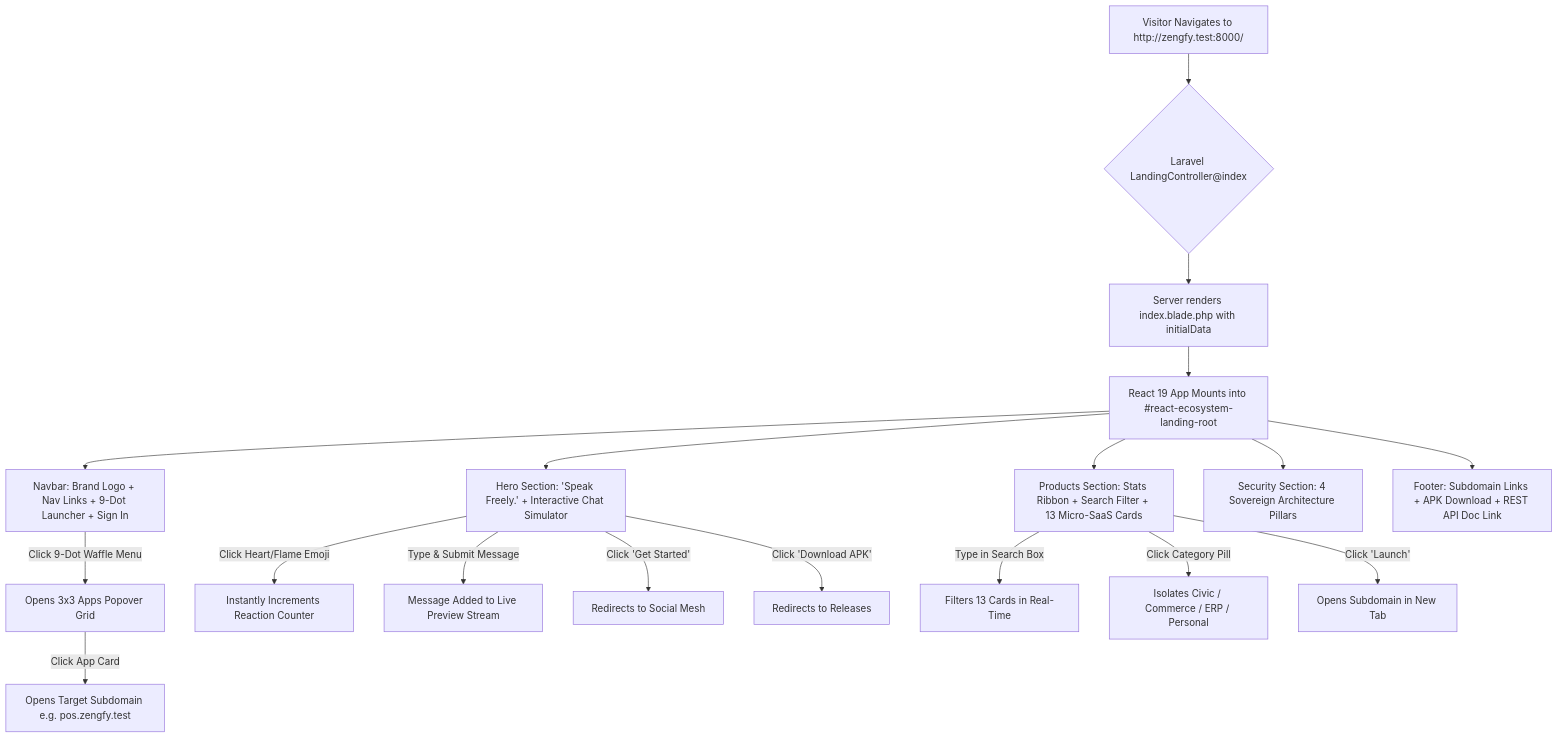
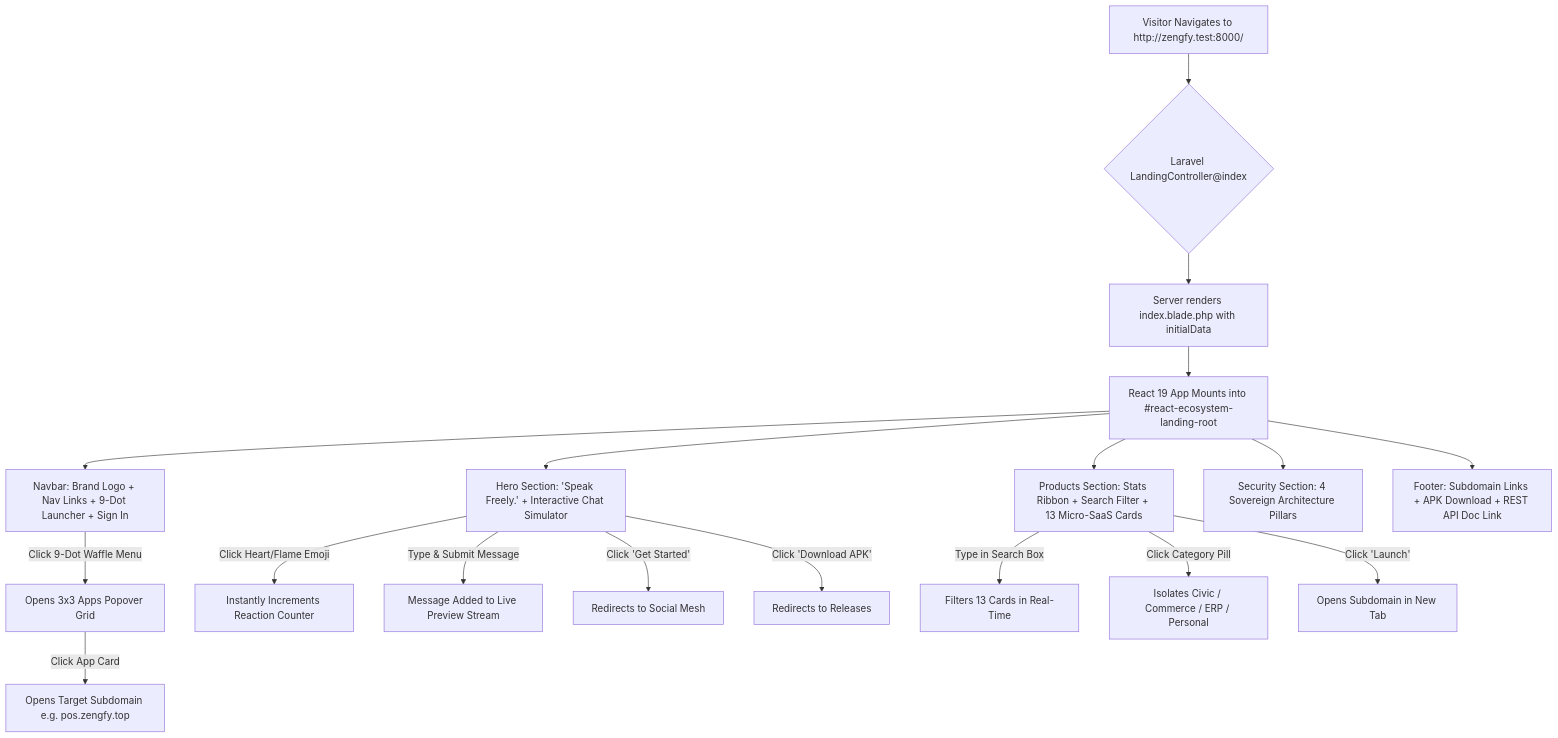
Before and after one commit to diusazzad/zengfy: the first of 3 diagrams in docs/antigravity/documents/3_App_flow.md, drawn with Mermaid. The commit also changed other lines of this file and 91 other files, not shown here.

Commit message:
change test to top

````diff
--- a/docs/antigravity/documents/3_App_flow.md
+++ b/docs/antigravity/documents/3_App_flow.md
@@ -8,25 +8,25 @@
 ```mermaid
 graph TD
     A[Visitor Navigates to http://zengfy.test:8000/] --> B{Laravel LandingController@index}
     B --> C[Server renders index.blade.php with initialData]
     C --> D[React 19 App Mounts into #react-ecosystem-landing-root]
     
     D --> E[Navbar: Brand Logo + Nav Links + 9-Dot Launcher + Sign In]
     D --> F[Hero Section: 'Speak Freely.' + Interactive Chat Simulator]
     D --> G[Products Section: Stats Ribbon + Search Filter + 13 Micro-SaaS Cards]
     D --> H[Security Section: 4 Sovereign Architecture Pillars]
     D --> I[Footer: Subdomain Links + APK Download + REST API Doc Link]
 
     %% Interactions
     E -->|Click 9-Dot Waffle Menu| J[Opens 3x3 Apps Popover Grid]
-    J -->|Click App Card| K[Opens Target Subdomain e.g. pos.zengfy.test]
+    J -->|Click App Card| K[Opens Target Subdomain e.g. pos.zengfy.top]
     
     F -->|Click Heart/Flame Emoji| L[Instantly Increments Reaction Counter]
     F -->|Type & Submit Message| M[Message Added to Live Preview Stream]
     F -->|Click 'Get Started'| N[Redirects to Social Mesh]
     F -->|Click 'Download APK'| O[Redirects to Releases]
 
     G -->|Type in Search Box| P[Filters 13 Cards in Real-Time]
     G -->|Click Category Pill| Q[Isolates Civic / Commerce / ERP / Personal]
     G -->|Click 'Launch'| R[Opens Subdomain in New Tab]
 ```
````
